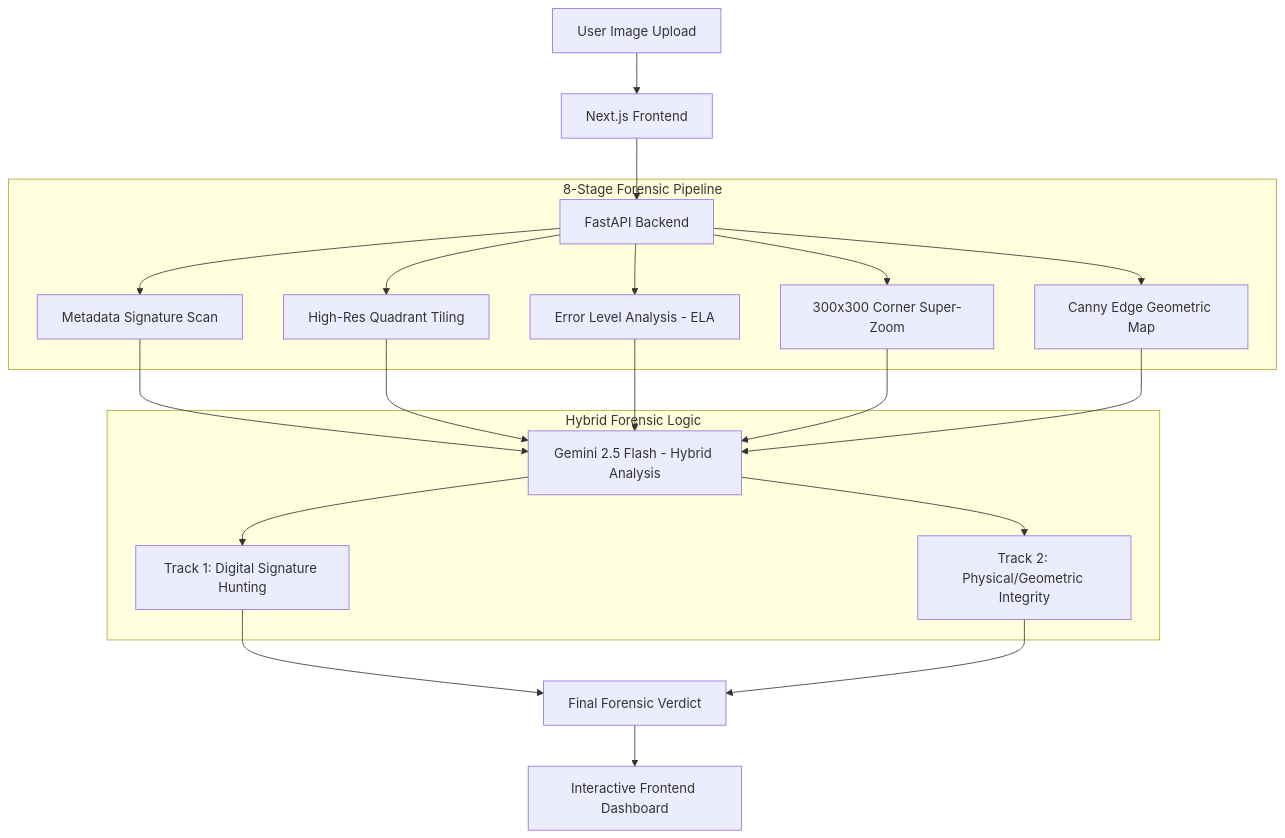
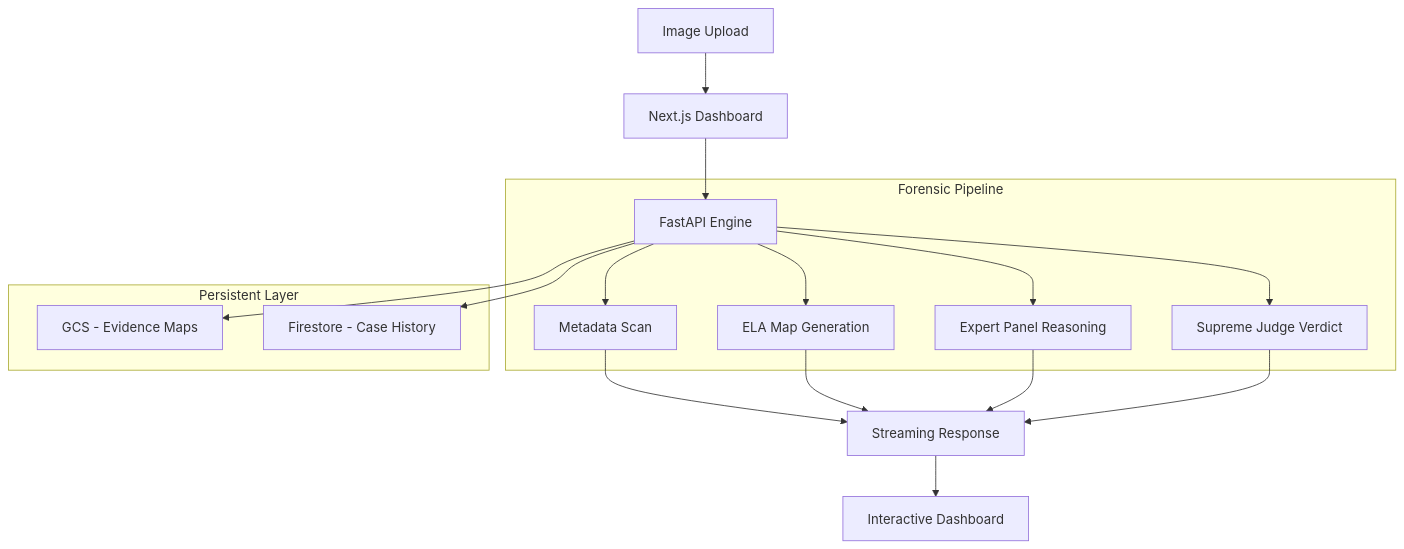
One commit to JaleedAhmad/ai-image-forensics-app changed the diagram in README.md. Above: the diagram before and after it, drawn with Mermaid. The commit also changed other lines of this file and 8007 other files, not shown here.

````diff
--- a/README.md
+++ b/README.md
@@ -33,23 +46,20 @@
 ```mermaid
 graph TD
-    A[User Image Upload] --> B[Next.js Frontend]
-    B --> C[FastAPI Backend]
+    A[Image Upload] --> B[Next.js Dashboard]
+    B --> C[FastAPI Engine]
     
-    subgraph "8-Stage Forensic Pipeline"
-        C --> D1[Metadata Signature Scan]
-        C --> D2[High-Res Quadrant Tiling]
-        C --> D3[Error Level Analysis - ELA]
-        C --> D4[300x300 Corner Super-Zoom]
-        C --> D5[Canny Edge Geometric Map]
+    subgraph "Forensic Pipeline"
+        C --> D1[Metadata Scan]
+        C --> D2[ELA Map Generation]
+        C --> D3[Expert Panel Reasoning]
+        C --> D4[Supreme Judge Verdict]
     end
     
-    D1 & D2 & D3 & D4 & D5 --> E[Gemini 2.5 Flash - Hybrid Analysis]
+    D1 & D2 & D3 & D4 --> E[Streaming Response]
+    E --> F[Interactive Dashboard]
     
-    subgraph "Hybrid Forensic Logic"
-        E --> F1[Track 1: Digital Signature Hunting]
-        E --> F2[Track 2: Physical/Geometric Integrity]
+    subgraph "Persistent Layer"
+        C --> G[GCS - Evidence Maps]
+        C --> H[Firestore - Case History]
     end
-    
-    F1 & F2 --> G[Final Forensic Verdict]
-    G --> H[Interactive Frontend Dashboard]
 ```
````
